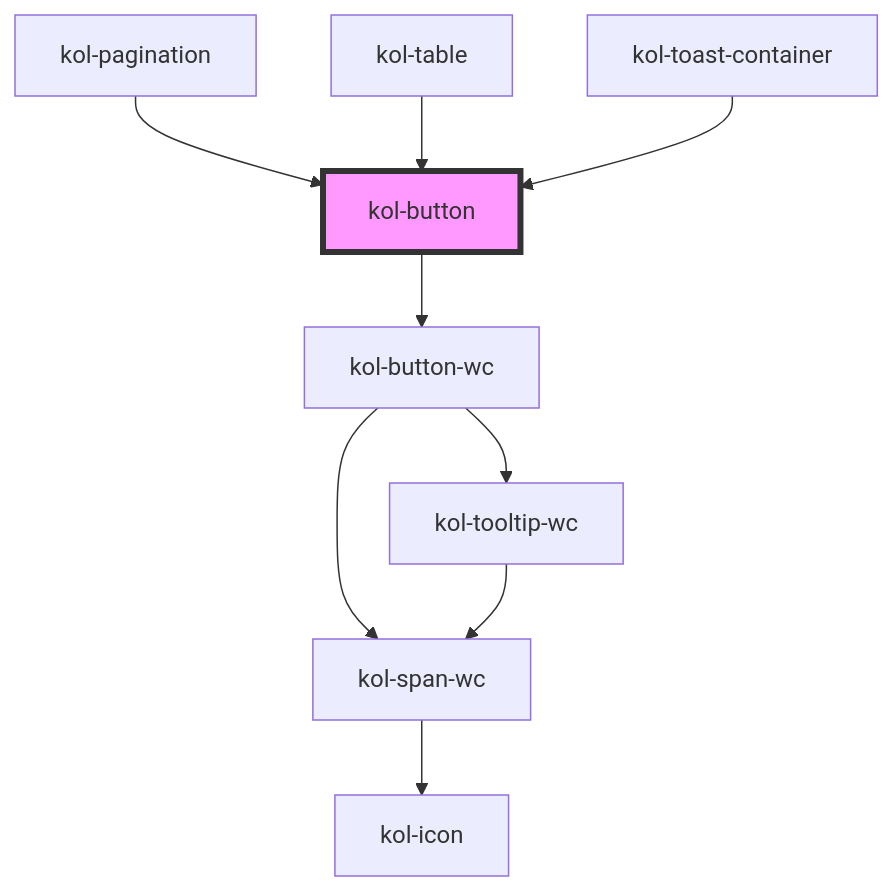
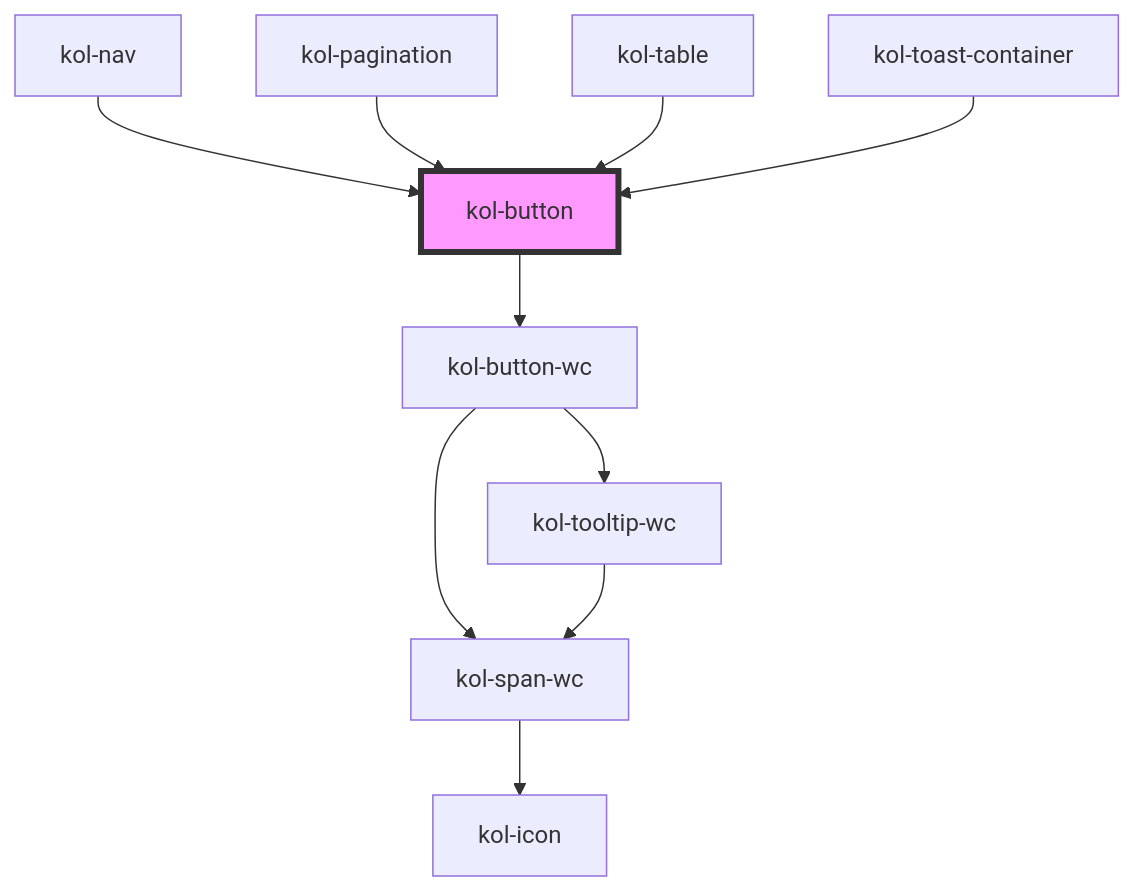
Before and after one commit to public-ui/kolibri: the diagram in packages/components/src/components/button/readme.md, drawn with Mermaid. The commit also changed other lines of this file and 14 other files, not shown here.

````diff
--- a/packages/components/src/components/button/readme.md
+++ b/packages/components/src/components/button/readme.md
@@ -134,12 +135,13 @@
 ```mermaid
 graph TD;
   kol-button --> kol-button-wc
   kol-button-wc --> kol-span-wc
   kol-button-wc --> kol-tooltip-wc
   kol-span-wc --> kol-icon
   kol-tooltip-wc --> kol-span-wc
+  kol-nav --> kol-button
   kol-pagination --> kol-button
   kol-table --> kol-button
   kol-toast-container --> kol-button
   style kol-button fill:#f9f,stroke:#333,stroke-width:4px
 ```
````
